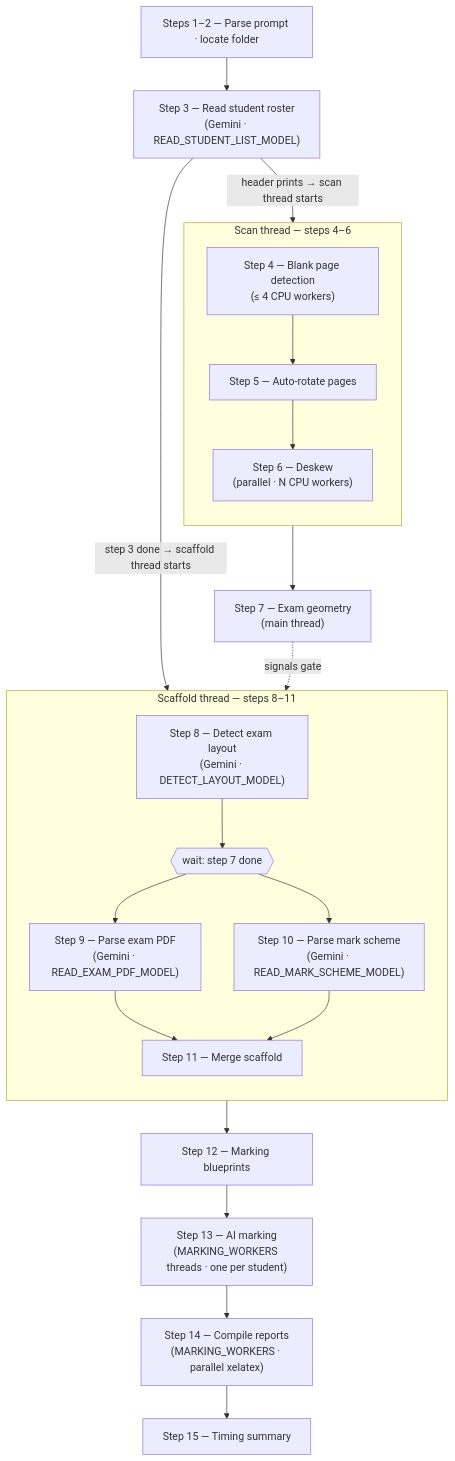
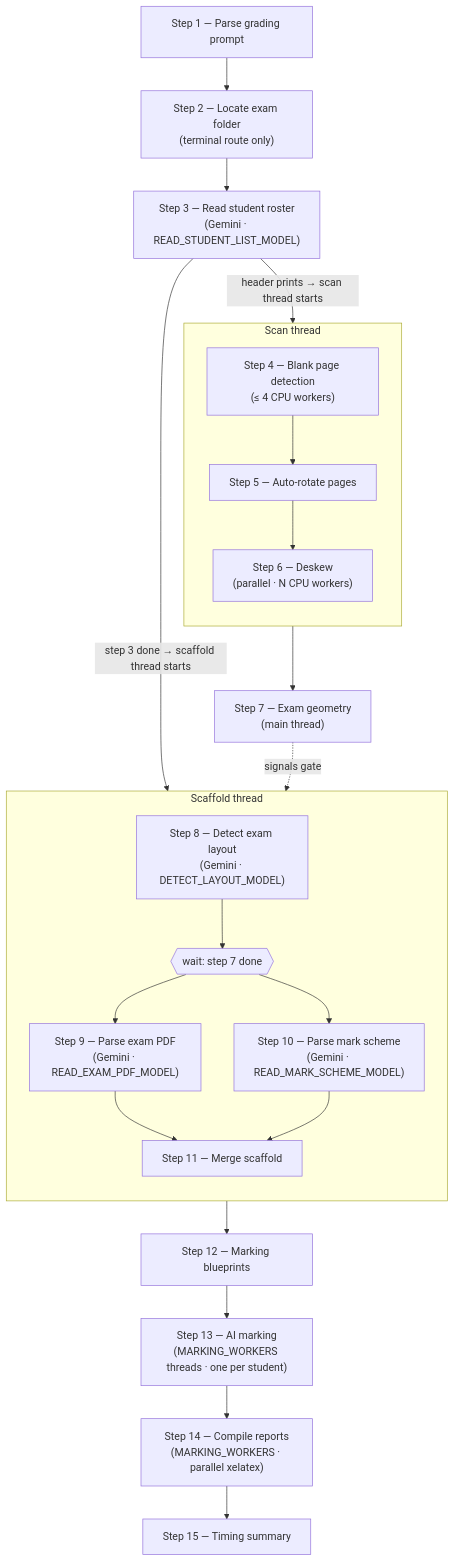
Before and after one commit to JoschkaKoen/IGCSE-Exercise-Sheet-Generator-1: the third of 3 diagrams in README.md, drawn with Mermaid. The commit also changed other lines of this file and 3 other files, not shown here.

````diff
--- a/README.md
+++ b/README.md
@@ -169,38 +168,39 @@
 ```mermaid
 flowchart TD
-    s1s2["Steps 1–2 — Parse prompt · locate folder"]
+    s1["Step 1 — Parse grading prompt"]
+    s2["Step 2 — Locate exam folder\n(terminal route only)"]
     s3["Step 3 — Read student roster\n(Gemini · READ_STUDENT_LIST_MODEL)"]
-    s1s2 --> s3
+    s1 --> s2 --> s3
 
     s3 -->|"header prints → scan thread starts"| s4
     s3 -->|"step 3 done → scaffold thread starts"| s8
 
-    subgraph scan ["Scan thread — steps 4–6"]
+    subgraph scan ["Scan thread"]
         direction TB
         s4["Step 4 — Blank page detection\n(≤ 4 CPU workers)"]
         s5["Step 5 — Auto-rotate pages"]
         s6["Step 6 — Deskew\n(parallel · N CPU workers)"]
         s4 --> s5 --> s6
     end
 
     s6 --> s7["Step 7 — Exam geometry\n(main thread)"]
 
-    subgraph scaffold ["Scaffold thread — steps 8–11"]
+    subgraph scaffold ["Scaffold thread"]
         direction TB
         s8["Step 8 — Detect exam layout\n(Gemini · DETECT_LAYOUT_MODEL)"]
         gate7{{"wait: step 7 done"}}
         s9["Step 9 — Parse exam PDF\n(Gemini · READ_EXAM_PDF_MODEL)"]
         s10["Step 10 — Parse mark scheme\n(Gemini · READ_MARK_SCHEME_MODEL)"]
         s11["Step 11 — Merge scaffold"]
         s8 --> gate7
         gate7 --> s9 & s10
         s9 & s10 --> s11
     end
 
     s7 -.->|"signals gate"| gate7
 
     s11 --> s12["Step 12 — Marking blueprints"]
     s12 --> s13["Step 13 — AI marking\n(MARKING_WORKERS threads · one per student)"]
     s13 --> s14["Step 14 — Compile reports\n(MARKING_WORKERS · parallel xelatex)"]
     s14 --> s15["Step 15 — Timing summary"]
 ```
````
